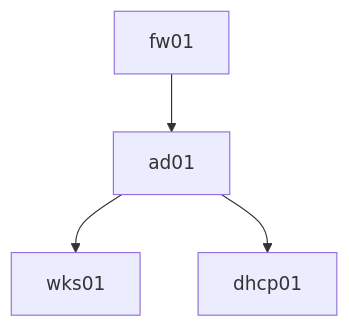
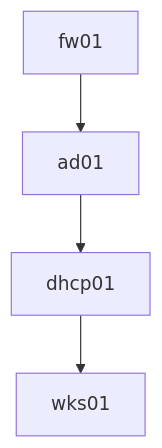
Before and after one commit to SomethingGeneric/website: the diagram in techjournals/sys-255/topology.md, drawn with Mermaid. The commit also changed other lines of this file and 3 other files, not shown here.

````diff
--- a/techjournals/sys-255/topology.md
+++ b/techjournals/sys-255/topology.md
@@ -10,6 +10,6 @@
 ```mermaid
 graph TD;
     fw01-->ad01;
-    ad01-->wks01;
     ad01-->dhcp01;
+    dhcp01-->wks01;
 ```
````
